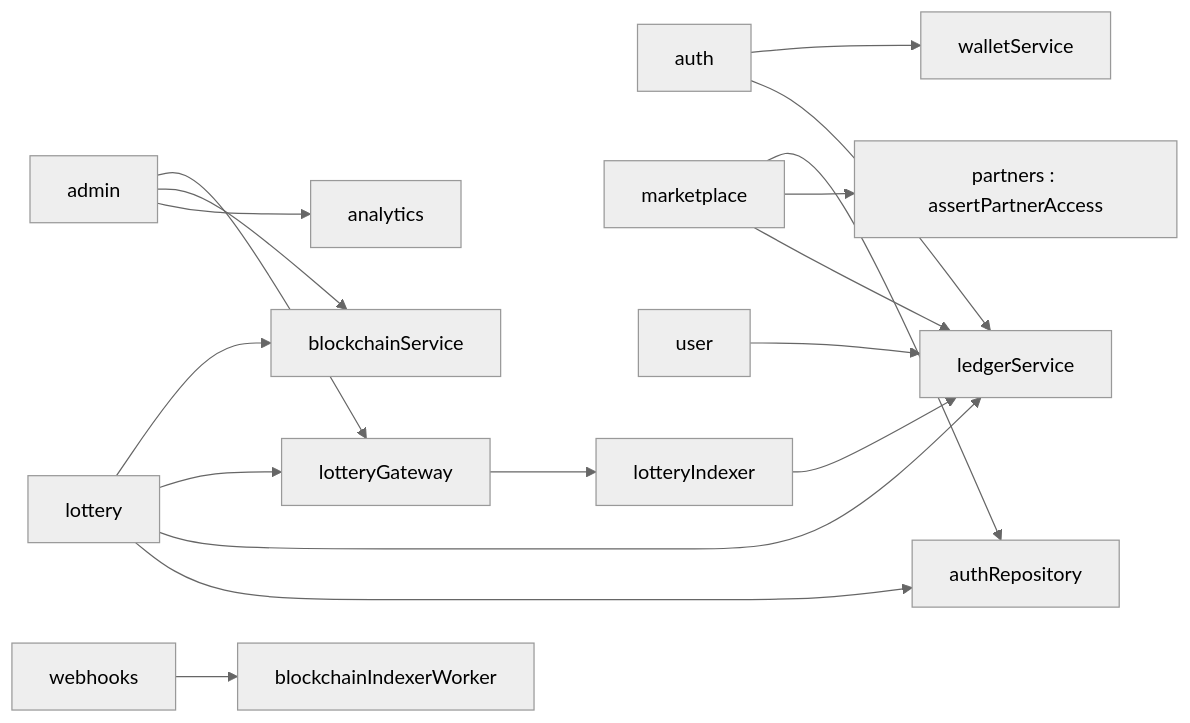
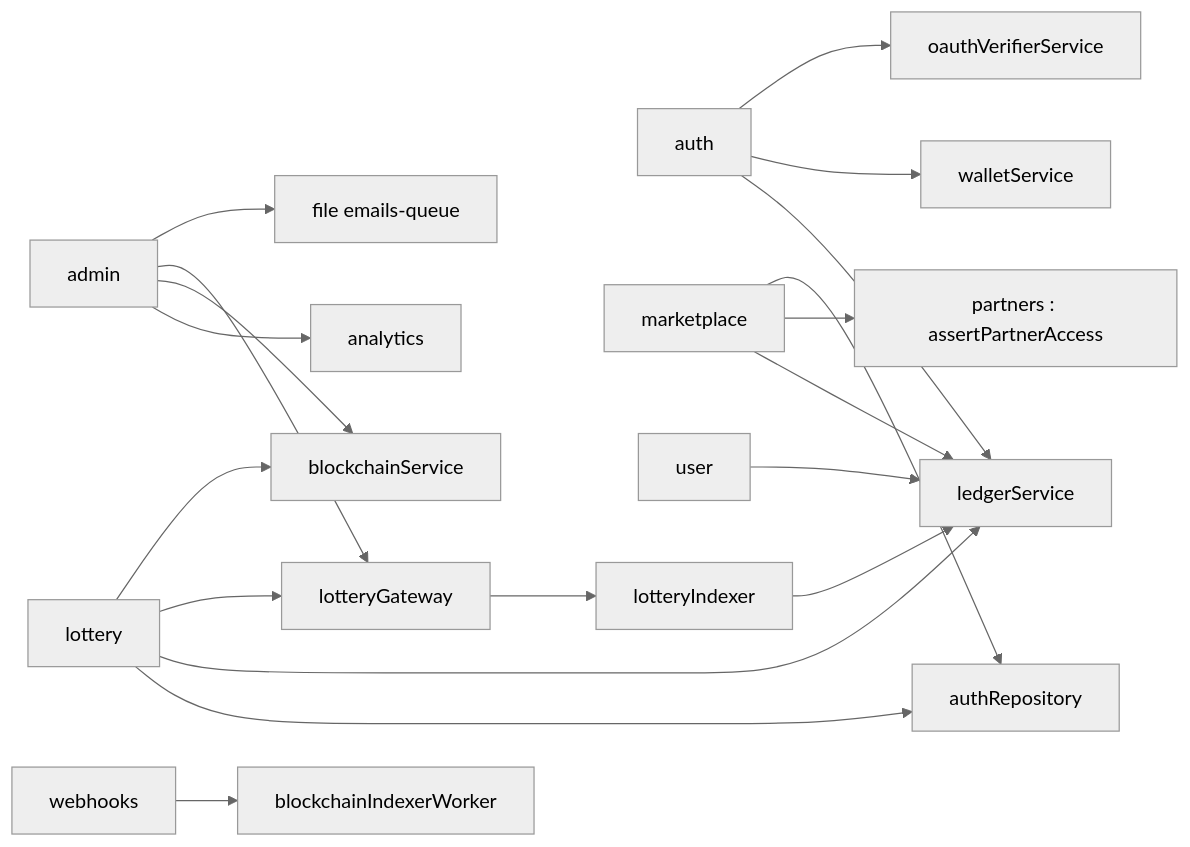
The diagram in documentation-officielle/content/backend/modules/index.md (MarceauTDML/BlockLucky), drawn with Mermaid (neutral theme) before and after one commit. The commit also changed other lines of this file and 84 other files, not shown here.

````diff
--- a/documentation-officielle/content/backend/modules/index.md
+++ b/documentation-officielle/content/backend/modules/index.md
@@ -23,19 +23,21 @@
 ```mermaid
 flowchart LR
     auth["auth"] --> ledger["ledgerService"]
     auth --> wallet["walletService"]
+    auth --> oauth["oauthVerifierService"]
     lottery["lottery"] --> authRepo["authRepository"]
     lottery --> ledger
     lottery --> gateway["lotteryGateway"]
     lottery --> bsvc["blockchainService"]
     marketplace["marketplace"] --> ledger
     marketplace --> partners["partners : assertPartnerAccess"]
     marketplace --> authRepo
     user["user"] --> ledger
     admin["admin"] --> analytics["analytics"]
     admin --> bsvc
     admin --> gateway
+    admin --> emails["file emails-queue"]
     webhooks["webhooks"] --> indexer["blockchainIndexerWorker"]
     gateway --> indexer2["lotteryIndexer"]
     indexer2 --> ledger
 ```
````
